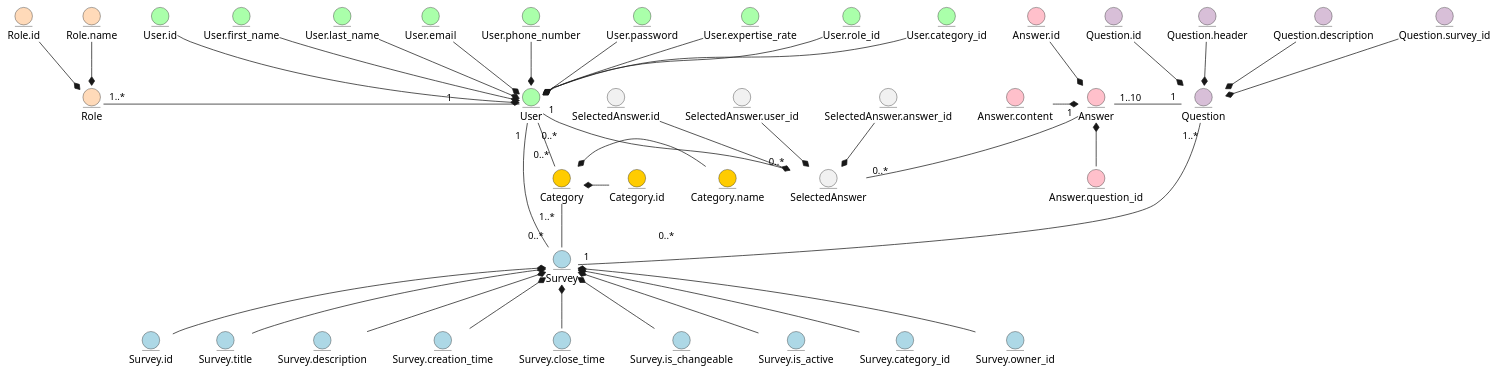
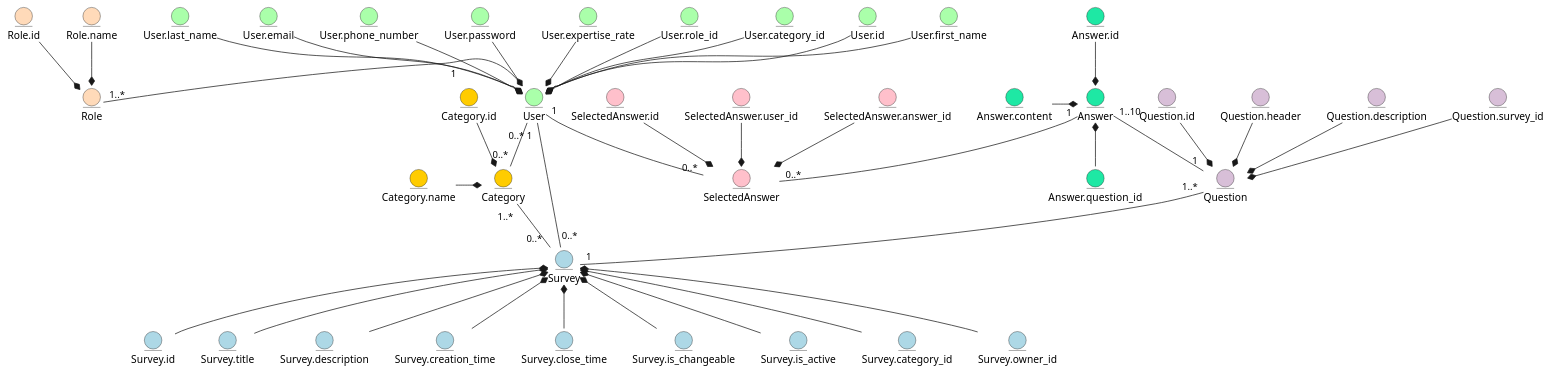
Before and after one commit to generalmaks/db_labs: the first of 2 diagrams in docs/design.md, drawn with PlantUML.

Commit message:
Add arrows to SelectedAnswer

```diff
--- a/docs/design.md
+++ b/docs/design.md
@@ -73,10 +73,10 @@
 Question.description --* Question
 Question.survey_id --* Question
 
-entity Answer #FFC0CB
-entity Answer.id #FFC0CB
-entity Answer.content #FFC0CB
-entity Answer.question_id #FFC0CB
+entity Answer #1ee8a4
+entity Answer.id #1ee8a4
+entity Answer.content #1ee8a4
+entity Answer.question_id #1ee8a4
 
 Answer.id -d-* Answer 
 Answer.content -r-* Answer
@@ -86,13 +86,13 @@
 entity Category.id #FFCC00
 entity Category.name #FFCC00
 
-Category.id -l-* Category
-Category.name -l-* Category
+Category.id --* Category
+Category.name -* Category
 
-entity SelectedAnswer
-entity SelectedAnswer.id
-entity SelectedAnswer.user_id
-entity SelectedAnswer.answer_id
+entity SelectedAnswer #FFC0CB
+entity SelectedAnswer.id #FFC0CB
+entity SelectedAnswer.user_id #FFC0CB
+entity SelectedAnswer.answer_id #FFC0CB
 
 SelectedAnswer.id --* SelectedAnswer
 SelectedAnswer.user_id --* SelectedAnswer
@@ -101,8 +101,8 @@
 User "1  " -- "0..*" Survey
 User "1                         " -l- "1..*" Role
 User "0..*" -- "0..* " Category
-Question "1..*" -r- "1" Survey
-Answer "1..10" -r- "1" Question
+Question "1..*" -- "1" Survey
+Answer "1..10" -- "1" Question
 Category "1..*  " -- "                                  0..*" Survey
 User "1" -- "0..*"  SelectedAnswer
 Answer "1" -- "0..*" SelectedAnswer
```
